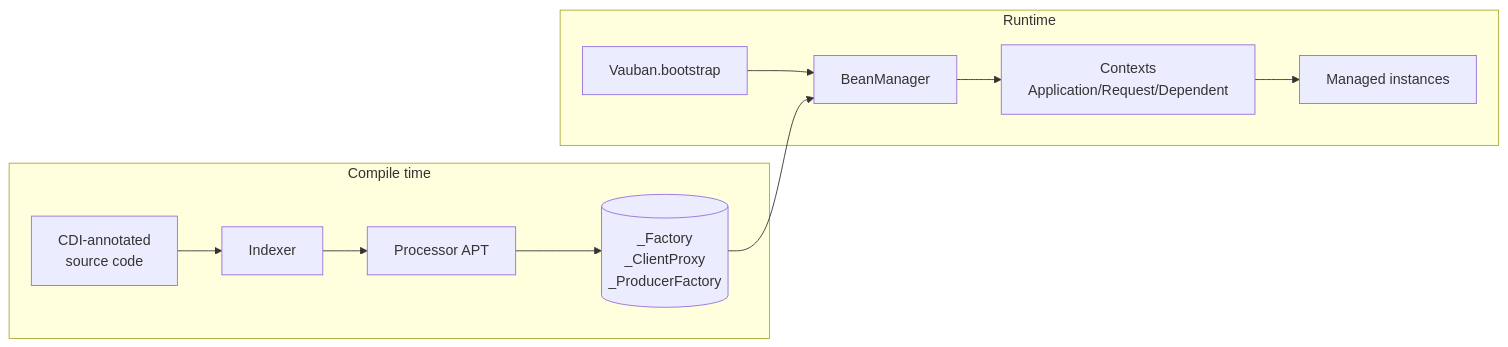
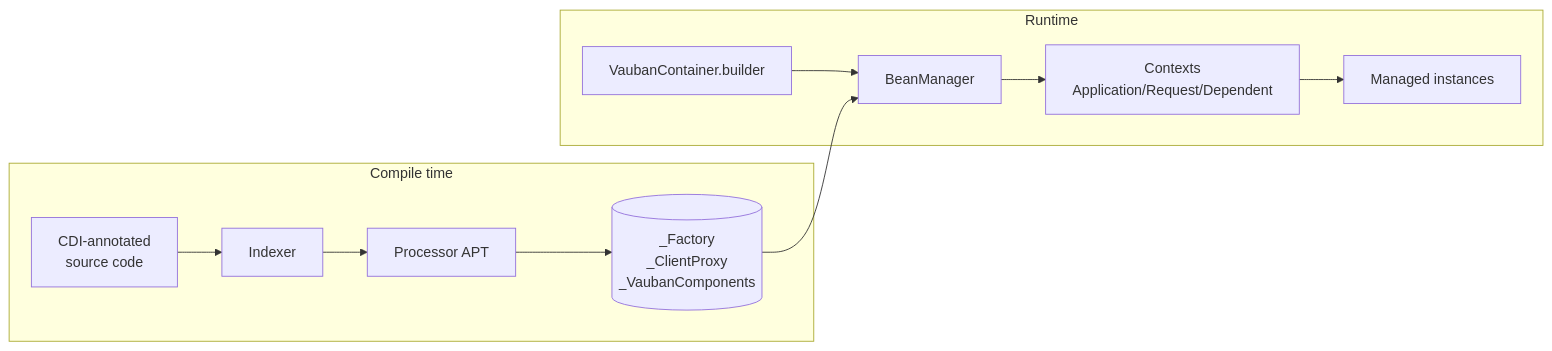
One commit to vidocq-stack/vauban changed the second of 2 diagrams in docs/en/modules/ROOT/pages/concepts.adoc. Above: the diagram before and after it, drawn with Mermaid. The commit also changed other lines of this file and 7 other files, not shown here.

```diff
--- a/docs/en/modules/ROOT/pages/concepts.adoc
+++ b/docs/en/modules/ROOT/pages/concepts.adoc
@@ -83,15 +83,15 @@
 [mermaid]
 ....
 graph LR
   subgraph Compile["Compile time"]
     SRC[CDI-annotated<br/>source code] --> IDX[Indexer]
     IDX --> PROC[Processor APT]
-    PROC --> FAC[(_Factory<br/>_ClientProxy<br/>_ProducerFactory)]
+    PROC --> FAC[(_Factory<br/>_ClientProxy<br/>_VaubanComponents)]
   end
   subgraph Runtime["Runtime"]
-    BOOT[Vauban.bootstrap] --> BM[BeanManager]
+    BOOT[VaubanContainer.builder] --> BM[BeanManager]
     BM --> CTX[Contexts<br/>Application/Request/Dependent]
     CTX --> INST[Managed instances]
   end
   FAC --> BM
 ....
```
